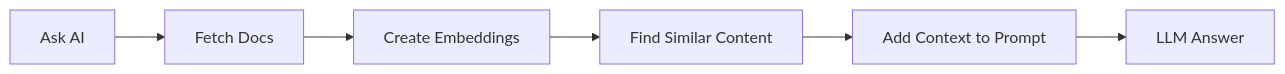
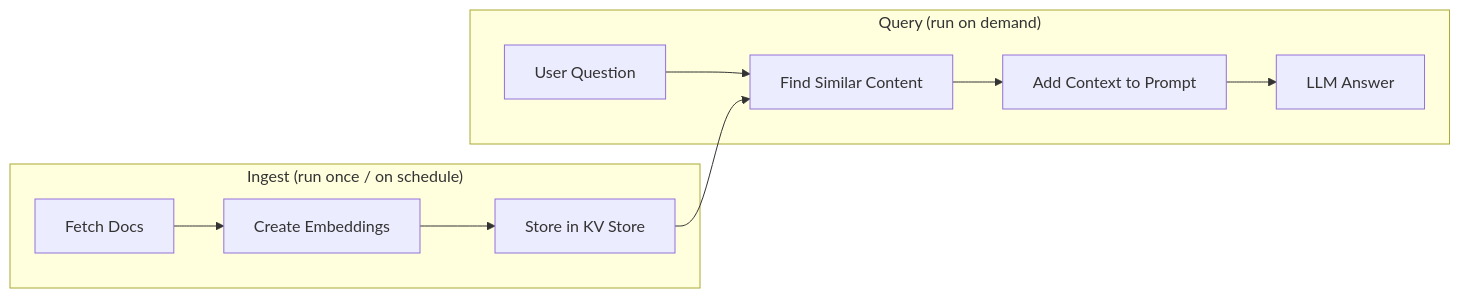
One commit to DataTalksClub/llm-zoomcamp changed the diagram in 03-orchestration/lessons/05-rag.md. Above: the diagram before and after it, drawn with Mermaid. The commit also changed other lines of this file and 1 other file, not shown here.

````diff
--- a/03-orchestration/lessons/05-rag.md
+++ b/03-orchestration/lessons/05-rag.md
@@ -13,8 +15,13 @@
 ```mermaid
 graph LR
-    A[Ask AI] --> B[Fetch Docs]
-    B --> C[Create Embeddings]
-    C --> D[Find Similar Content]
-    D --> E[Add Context to Prompt]
-    E --> F[LLM Answer]
+    subgraph Ingest ["Ingest (run once / on schedule)"]
+        A[Fetch Docs] --> B[Create Embeddings]
+        B --> C[Store in KV Store]
+    end
+    subgraph Query ["Query (run on demand)"]
+        D[User Question] --> E[Find Similar Content]
+        E --> F[Add Context to Prompt]
+        F --> G[LLM Answer]
+    end
+    C --> E
 ```
````
